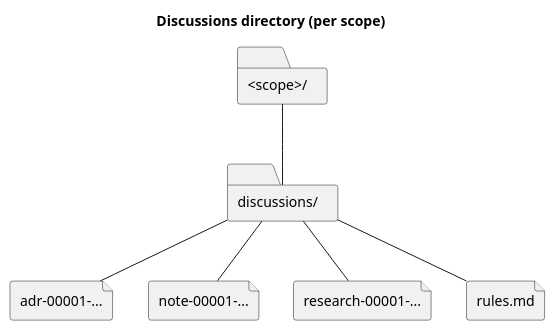
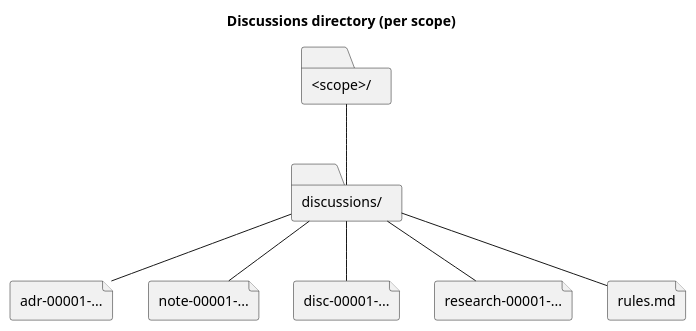
One commit to chemitaro/spec-dock changed the second of 3 diagrams in spec-deps/current/design.md. Above: the diagram before and after it, drawn with PlantUML. The commit also changed other lines of this file and 2 other files, not shown here.

First line of the commit message:
docs: discussions 配下仕様を確定し ADR/Doc 運用ルールを更新

````diff
--- a/spec-deps/current/design.md
+++ b/spec-deps/current/design.md
@@ -89,19 +89,21 @@
 ```plantuml
 @startuml
 skinparam monochrome true
 title Discussions directory (per scope)
 
 folder "<scope>/" as Scope
 folder "discussions/" as Discussions
 file "adr-00001-..." as ADR
 file "note-00001-..." as Note
+file "disc-00001-..." as Disc
 file "research-00001-..." as Research
 file "rules.md" as Rules
 
 Scope -down- Discussions
 Discussions -down- ADR
 Discussions -down- Note
+Discussions -down- Disc
 Discussions -down- Research
 Discussions -down- Rules
 @enduml
 ```
````
